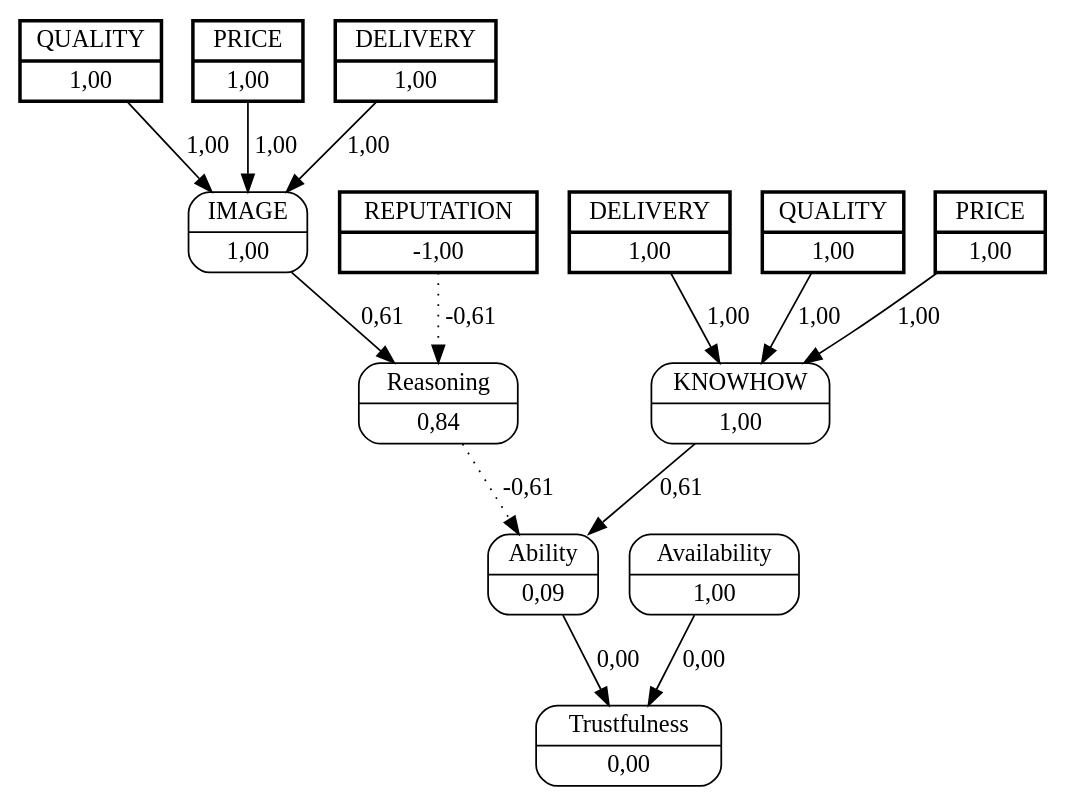
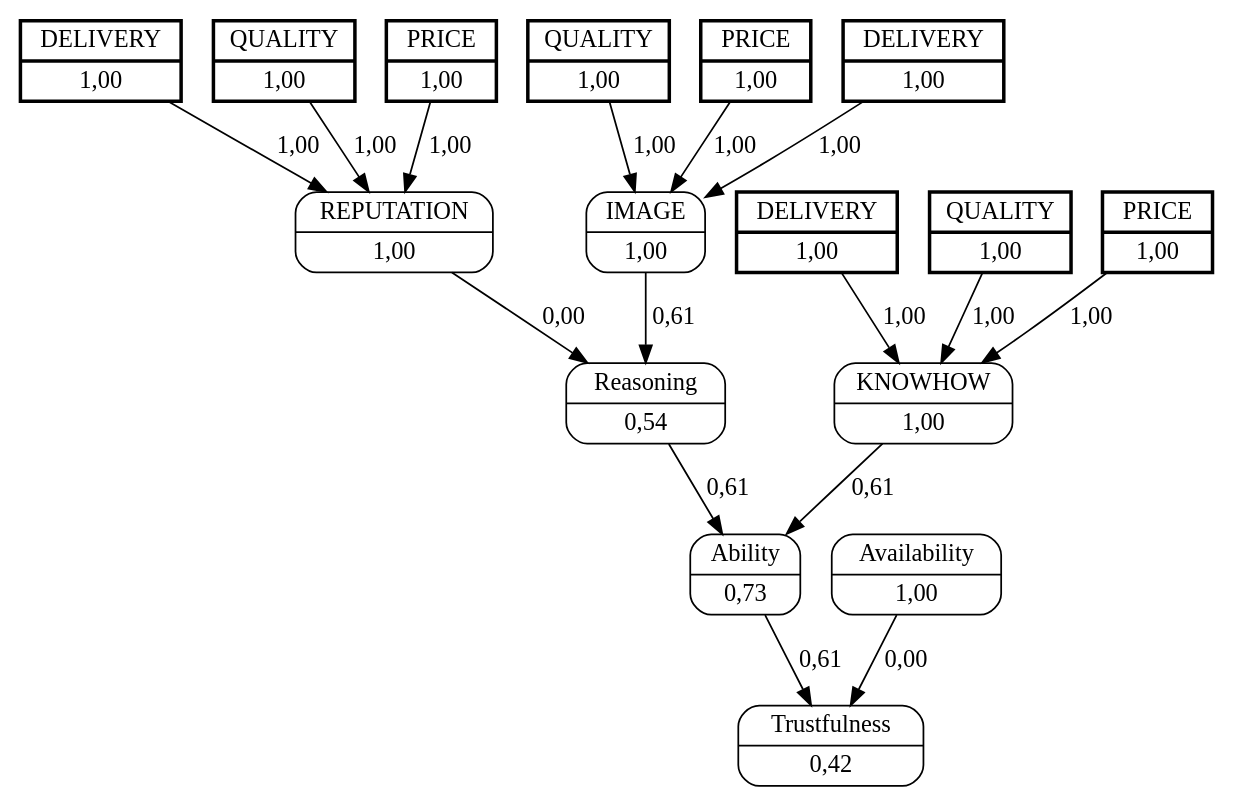
The diagram in unload_boxes/dots/buyer2seller1.dot (jjbaqueta/unload_experiment), drawn with Graphviz before and after one commit. The commit also changed 33 other files, not shown here.

```diff
--- a/unload_boxes/dots/buyer2seller1.dot
+++ b/unload_boxes/dots/buyer2seller1.dot
@@ -1,31 +1,39 @@
 digraph FCM_net{
 	node [shape=record, style=rounded]
 	7 [label="{QUALITY | 1,00}", style=bold, penwidth=2, peripheries=2];
 	8 [label="{PRICE | 1,00}", style=bold, penwidth=2, peripheries=2];
 	9 [label="{DELIVERY | 1,00}", style=bold, penwidth=2, peripheries=2];
-	1 [label="{REPUTATION | -1,00}", style=bold, penwidth=2, peripheries=2];
 	10 [label="{QUALITY | 1,00}", style=bold, penwidth=2, peripheries=2];
 	11 [label="{PRICE | 1,00}", style=bold, penwidth=2, peripheries=2];
 	12 [label="{DELIVERY | 1,00}", style=bold, penwidth=2, peripheries=2];
+	13 [label="{QUALITY | 1,00}", style=bold, penwidth=2, peripheries=2];
+	14 [label="{PRICE | 1,00}", style=bold, penwidth=2, peripheries=2];
+	15 [label="{DELIVERY | 1,00}", style=bold, penwidth=2, peripheries=2];
 	0 [label="{IMAGE | 1,00}"];
+	1 [label="{REPUTATION | 1,00}"];
 	2 [label="{KNOWHOW | 1,00}"];
-	3 [label="{Reasoning | 0,84}"];
-	4 [label="{Ability | 0,09}"];
+	3 [label="{Reasoning | 0,54}"];
+	4 [label="{Ability | 0,73}"];
 	5 [label="{Availability | 1,00}"];
-	6 [label="{Trustfulness | 0,00}"];
+	6 [label="{Trustfulness | 0,42}"];
 	7 [label="{QUALITY | 1,00}"];
+	8 [label="{PRICE | 1,00}"];
 	9 [label="{DELIVERY | 1,00}"];
-	10 [label="{QUALITY | 1,00}"];
+	11 [label="{PRICE | 1,00}"];
+	13 [label="{QUALITY | 1,00}"];
 	0 -> 3 [label = "0,61"];
-	1 -> 3 [label = "-0,61", style=dotted];
-	3 -> 4 [label = "-0,61", style=dotted];
+	1 -> 3 [label = "0,00"];
+	3 -> 4 [label = "0,61"];
 	2 -> 4 [label = "0,61"];
-	4 -> 6 [label = "0,00"];
+	4 -> 6 [label = "0,61"];
 	5 -> 6 [label = "0,00"];
 	7 -> 0 [label = "1,00"];
 	8 -> 0 [label = "1,00"];
 	9 -> 0 [label = "1,00"];
-	10 -> 2 [label = "1,00"];
-	11 -> 2 [label = "1,00"];
-	12 -> 2 [label = "1,00"];
+	10 -> 1 [label = "1,00"];
+	11 -> 1 [label = "1,00"];
+	12 -> 1 [label = "1,00"];
+	13 -> 2 [label = "1,00"];
+	14 -> 2 [label = "1,00"];
+	15 -> 2 [label = "1,00"];
 }
```
